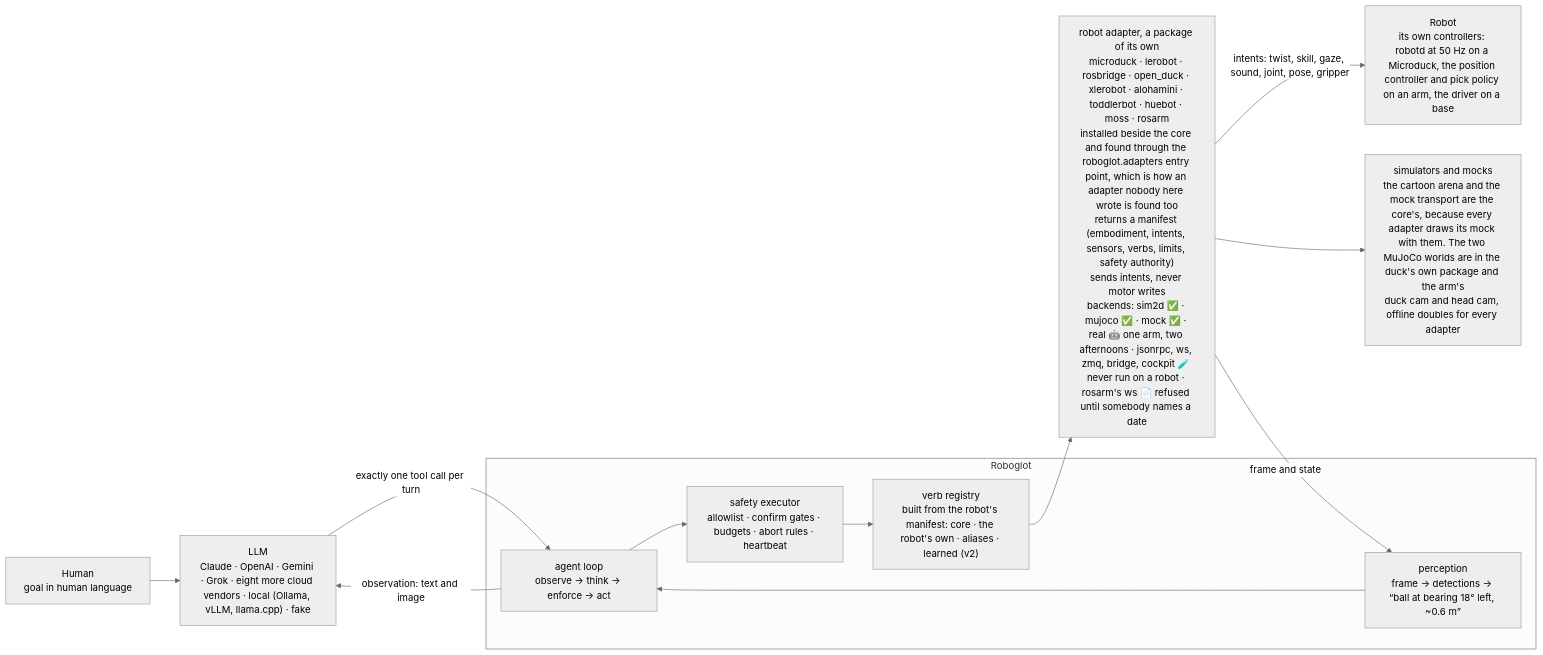
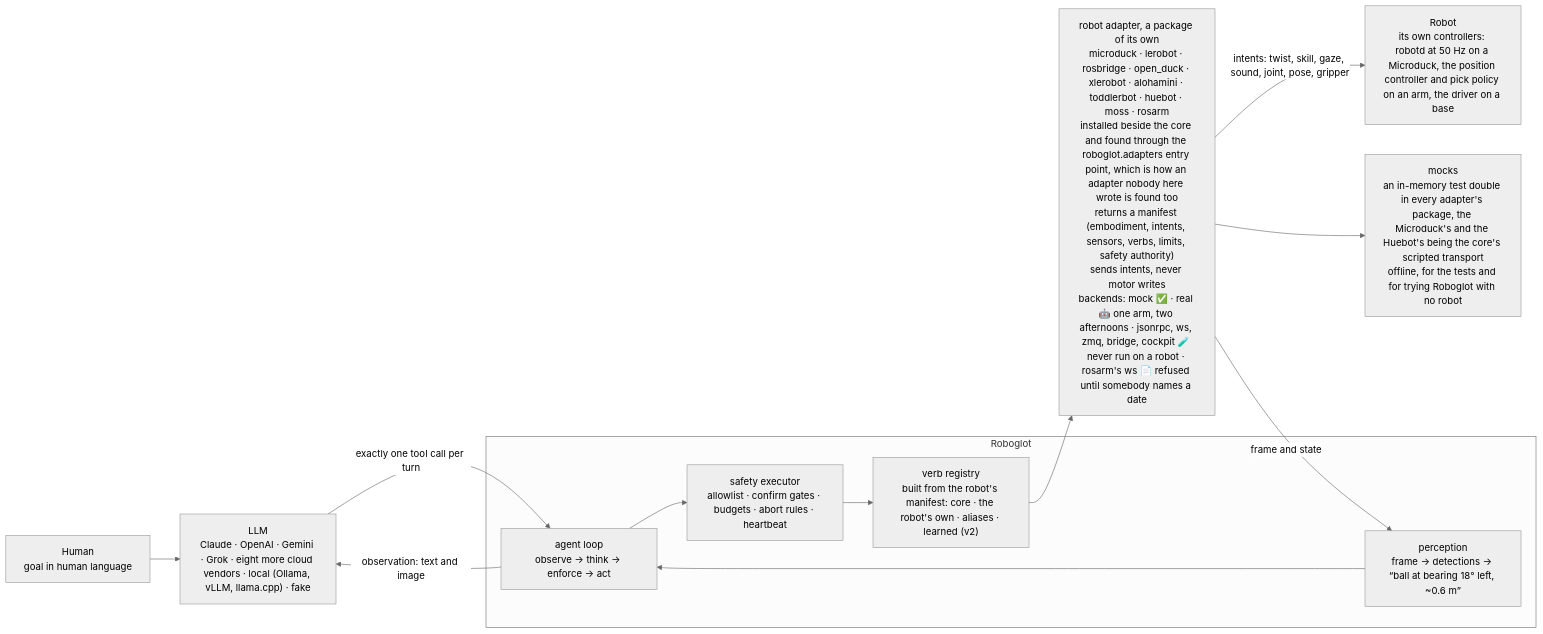
One commit to rokbenko/quackd changed the second of 2 diagrams in README.md. Above: the diagram before and after it, drawn with Mermaid (neutral theme). The commit also changed other lines of this file and 446 other files, not shown here.

First line of the commit message:
remove: every simulator, and what only ran on one

````diff
--- a/README.md
+++ b/README.md
@@ -627,21 +610,21 @@
 ```mermaid
 flowchart LR
     HUMAN["Human<br/>goal in human language"]
     LLM["LLM<br/>Claude · OpenAI · Gemini · Grok · eight more cloud vendors · local (Ollama, vLLM, llama.cpp) · fake"]
     subgraph Roboglot
         LOOP["agent loop<br/>observe → think → enforce → act"]
         EXEC["safety executor<br/>allowlist · confirm gates · budgets · abort rules · heartbeat"]
         VERBS["verb registry<br/>built from the robot's manifest: core · the robot's own · aliases · learned (v2)"]
         PERC["perception<br/>frame → detections → “ball at bearing 18° left, ~0.6 m”"]
     end
-    ADAPTER["robot adapter, a package of its own<br/>microduck · lerobot · rosbridge · open_duck · xlerobot · alohamini · toddlerbot · huebot · moss · rosarm<br/>installed beside the core and found through the roboglot.adapters entry point, which is how an adapter nobody here wrote is found too<br/>returns a manifest (embodiment, intents, sensors, verbs, limits, safety authority)<br/>sends intents, never motor writes<br/>backends: sim2d ✅ · mujoco ✅ · mock ✅ · real 🤖 one arm, two afternoons · jsonrpc, ws, zmq, bridge, cockpit 🧪 never run on a robot · rosarm's ws 📄 refused until somebody names a date"]
+    ADAPTER["robot adapter, a package of its own<br/>microduck · lerobot · rosbridge · open_duck · xlerobot · alohamini · toddlerbot · huebot · moss · rosarm<br/>installed beside the core and found through the roboglot.adapters entry point, which is how an adapter nobody here wrote is found too<br/>returns a manifest (embodiment, intents, sensors, verbs, limits, safety authority)<br/>sends intents, never motor writes<br/>backends: mock ✅ · real 🤖 one arm, two afternoons · jsonrpc, ws, zmq, bridge, cockpit 🧪 never run on a robot · rosarm's ws 📄 refused until somebody names a date"]
     ROBOT["Robot<br/>its own controllers: robotd at 50 Hz on a Microduck, the position controller and pick policy on an arm, the driver on a base"]
-    SIM["simulators and mocks<br/>the cartoon arena and the mock transport are the core's, because every adapter draws its mock with them. The two MuJoCo worlds are in the duck's own package and the arm's<br/>duck cam and head cam, offline doubles for every adapter"]
+    MOCK["mocks<br/>an in-memory test double in every adapter's package, the Microduck's and the Huebot's being the core's scripted transport<br/>offline, for the tests and for trying Roboglot with no robot"]
     HUMAN --> LLM
     LLM -- "exactly one tool call per turn" --> LOOP
     LOOP --> EXEC --> VERBS --> ADAPTER
     ADAPTER -- "intents: twist, skill, gaze, sound, joint, pose, gripper" --> ROBOT
-    ADAPTER --> SIM
+    ADAPTER --> MOCK
     ADAPTER -- "frame and state" --> PERC --> LOOP
     LOOP -- "observation: text and image" --> LLM
 ```
````
